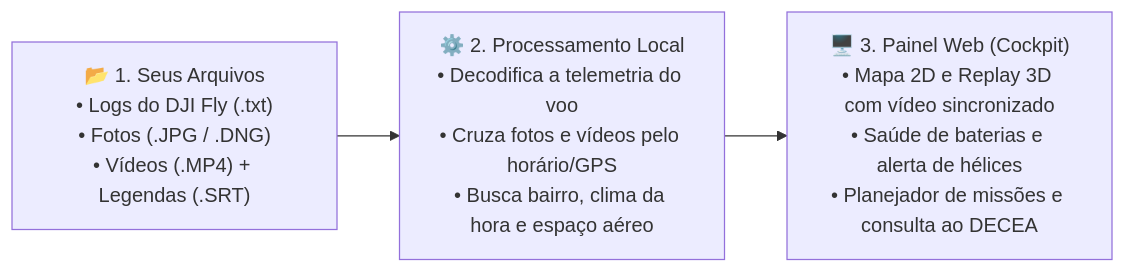
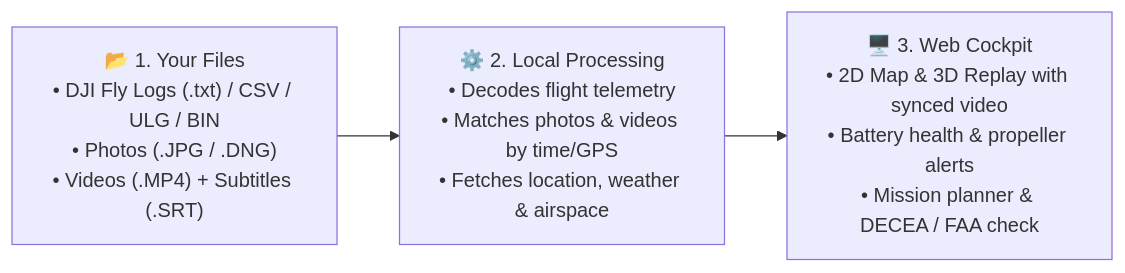
The diagram in README.md (acciolycruz/drone-manager), drawn with Mermaid before and after one commit. The commit also changed other lines of this file and 5 other files, not shown here.

Commit message:
feat: FAA (USA) airspace/compliance & English README

````diff
--- a/README.md
+++ b/README.md
@@ -20,5 +20,5 @@
 ```mermaid
 flowchart LR
-    A["📂 1. Seus Arquivos\n• Logs do DJI Fly (.txt)\n• Fotos (.JPG / .DNG)\n• Vídeos (.MP4) + Legendas (.SRT)"] --> B["⚙️ 2. Processamento Local\n• Decodifica a telemetria do voo\n• Cruza fotos e vídeos pelo horário/GPS\n• Busca bairro, clima da hora e espaço aéreo"]
-    B --> C["🖥️ 3. Painel Web (Cockpit)\n• Mapa 2D e Replay 3D com vídeo sincronizado\n• Saúde de baterias e alerta de hélices\n• Planejador de missões e consulta ao DECEA"]
+    A["📂 1. Your Files\n• DJI Fly Logs (.txt) / CSV / ULG / BIN\n• Photos (.JPG / .DNG)\n• Videos (.MP4) + Subtitles (.SRT)"] --> B["⚙️ 2. Local Processing\n• Decodes flight telemetry\n• Matches photos & videos by time/GPS\n• Fetches location, weather & airspace"]
+    B --> C["🖥️ 3. Web Cockpit\n• 2D Map & 3D Replay with synced video\n• Battery health & propeller alerts\n• Mission planner & DECEA / FAA check"]
 ```
````
